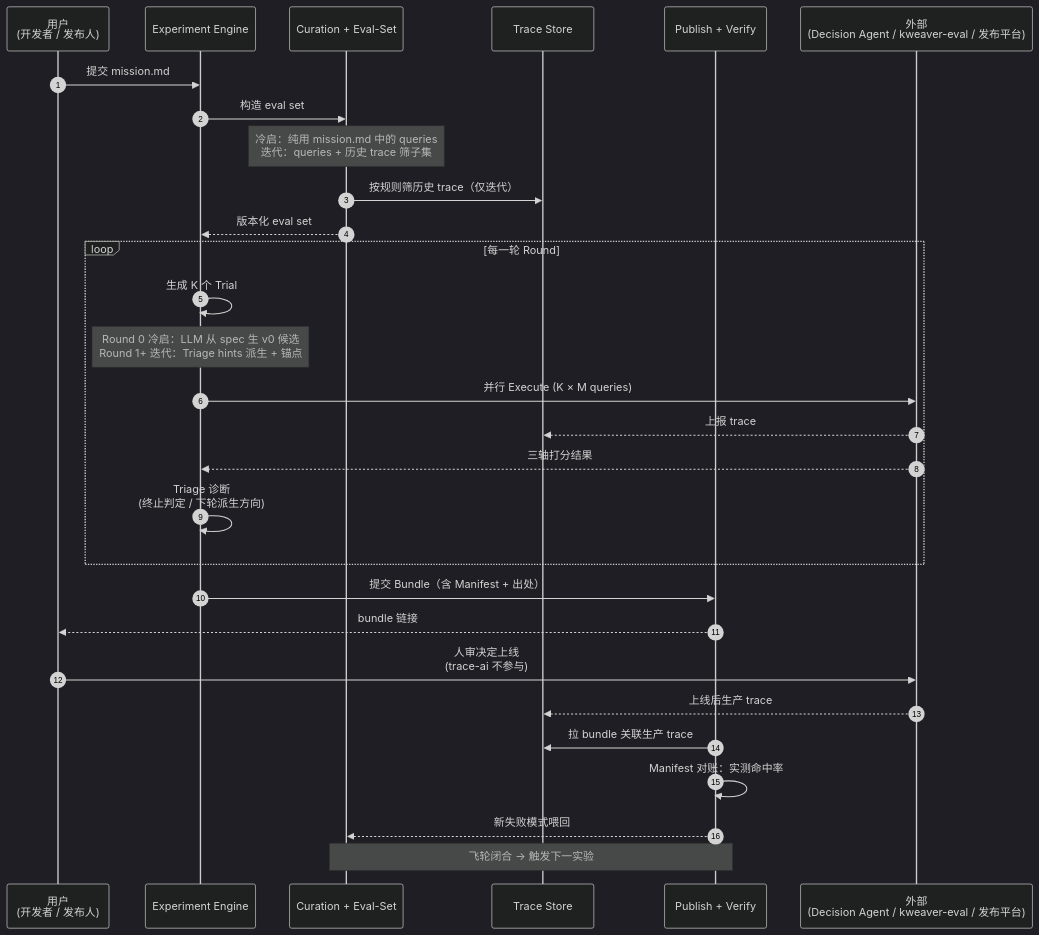
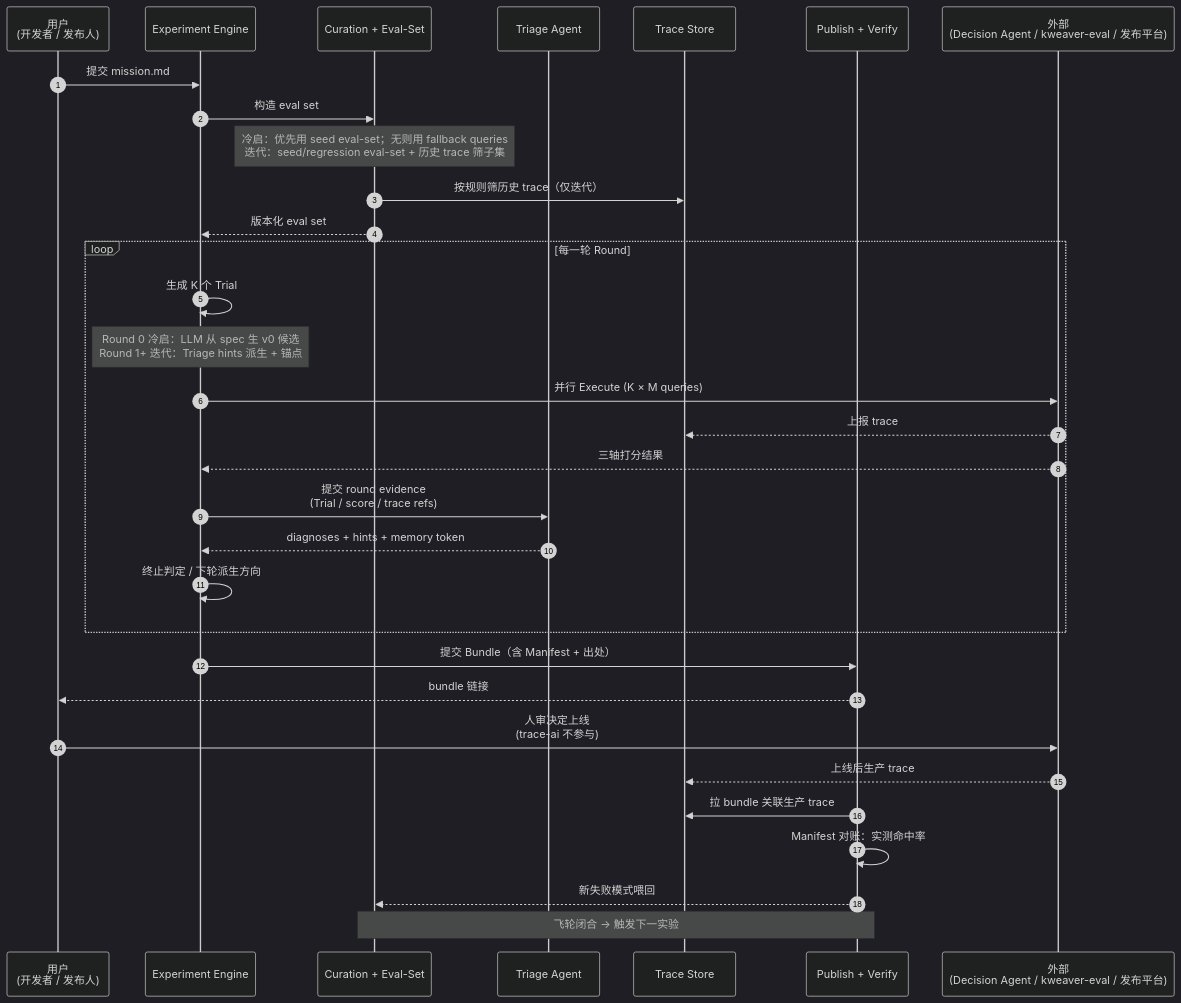
One commit to xforce-io/plan-traceai changed the second of 3 diagrams in vision/trace-ai-continuous-learning-design.md. Above: the diagram before and after it, drawn with Mermaid (dark theme). The commit also changed other lines of this file and 1 other file, not shown here.

Commit message:
Refine trace CLI learning loop design

````diff
--- a/vision/trace-ai-continuous-learning-design.md
+++ b/vision/trace-ai-continuous-learning-design.md
@@ -655,34 +658,37 @@
 ```mermaid
 sequenceDiagram
     autonumber
     participant USER as 用户<br/>(开发者 / 发布人)
     participant EXP as Experiment Engine
     participant SEL as Curation + Eval-Set
+    participant TRIAGE as Triage Agent
     participant TRACE as Trace Store
     participant ASSET as Publish + Verify
     participant EXT as 外部<br/>(Decision Agent / kweaver-eval / 发布平台)
 
     USER->>EXP: 提交 mission.md
     EXP->>SEL: 构造 eval set
-    Note over SEL: 冷启：纯用 mission.md 中的 queries<br/>迭代：queries + 历史 trace 筛子集
+    Note over SEL: 冷启：优先用 seed eval-set；无则用 fallback queries<br/>迭代：seed/regression eval-set + 历史 trace 筛子集
     SEL->>TRACE: 按规则筛历史 trace（仅迭代）
     SEL-->>EXP: 版本化 eval set
 
     loop 每一轮 Round
         EXP->>EXP: 生成 K 个 Trial
         Note over EXP: Round 0 冷启：LLM 从 spec 生 v0 候选<br/>Round 1+ 迭代：Triage hints 派生 + 锚点
         EXP->>EXT: 并行 Execute (K × M queries)
         EXT-->>TRACE: 上报 trace
         EXT-->>EXP: 三轴打分结果
-        EXP->>EXP: Triage 诊断<br/>(终止判定 / 下轮派生方向)
+        EXP->>TRIAGE: 提交 round evidence<br/>(Trial / score / trace refs)
+        TRIAGE-->>EXP: diagnoses + hints + memory token
+        EXP->>EXP: 终止判定 / 下轮派生方向
     end
 
     EXP->>ASSET: 提交 Bundle（含 Manifest + 出处）
     ASSET-->>USER: bundle 链接
     USER->>EXT: 人审决定上线<br/>(trace-ai 不参与)
     EXT-->>TRACE: 上线后生产 trace
     ASSET->>TRACE: 拉 bundle 关联生产 trace
     ASSET->>ASSET: Manifest 对账：实测命中率
     ASSET-->>SEL: 新失败模式喂回
     Note over SEL,ASSET: 飞轮闭合 → 触发下一实验
 ```
````
